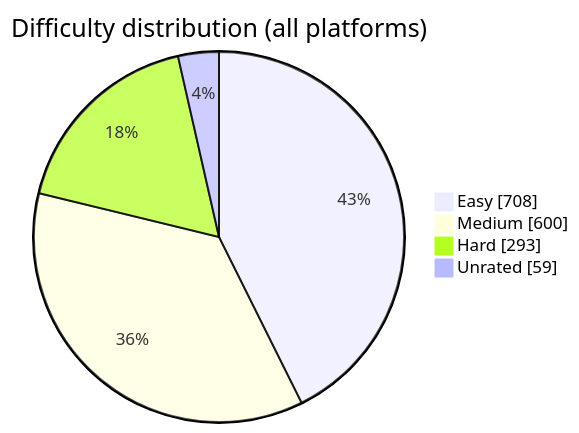
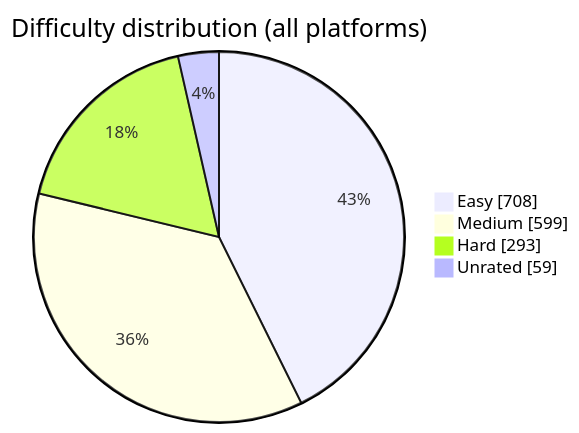
The diagram in README.md (BuildbyArindam/Daily-Coding-Log), drawn with Mermaid before and after one commit. The commit also changed other lines of this file, not shown here.

````diff
--- a/README.md
+++ b/README.md
@@ -93,7 +93,7 @@
 ```mermaid
 pie showData title Difficulty distribution (all platforms)
     "Easy" : 708
-    "Medium" : 600
+    "Medium" : 599
     "Hard" : 293
     "Unrated" : 59
 ```
````
